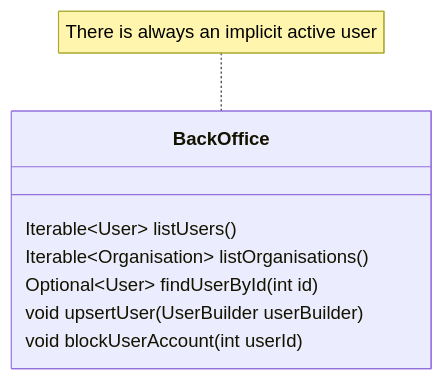
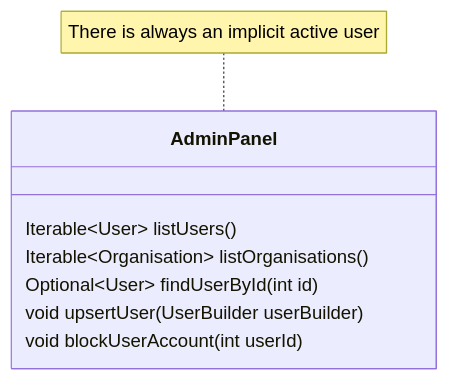
The third of 3 diagrams in docs/class.md (grancalavera/auction-house), drawn with Mermaid before and after one commit. The commit also changed other lines of this file and 19 other files, not shown here.

````diff
--- a/docs/class.md
+++ b/docs/class.md
@@ -121,15 +133,18 @@
 ```mermaid
 classDiagram
-note for BackOffice "There is always an implicit active user"
-class BackOffice {
+note for AdminPanel "There is always an implicit active user"
+class AdminPanel {
   Iterable~User~ listUsers()
   Iterable~Organisation~ listOrganisations()
   Optional~User~ findUserById(int id)
   %% how do we enforce the user has an id?
-  %% how do we enforce the user has an id?
+  %% the builder should resolve the id if one is not given
+  %% and upsert user should create the user if it exists and update the user if it doesn't
+  %% but then you have a problem, which is validating if the username is unique, which
+  %% currently is done by UserBuilder but maybe should be done by AdminPanel
   void upsertUser(UserBuilder userBuilder)
-  %% throws
+  %% throws if userId doesn't exist
   void blockUserAccount(int userId)
 }
 
 ```
````
